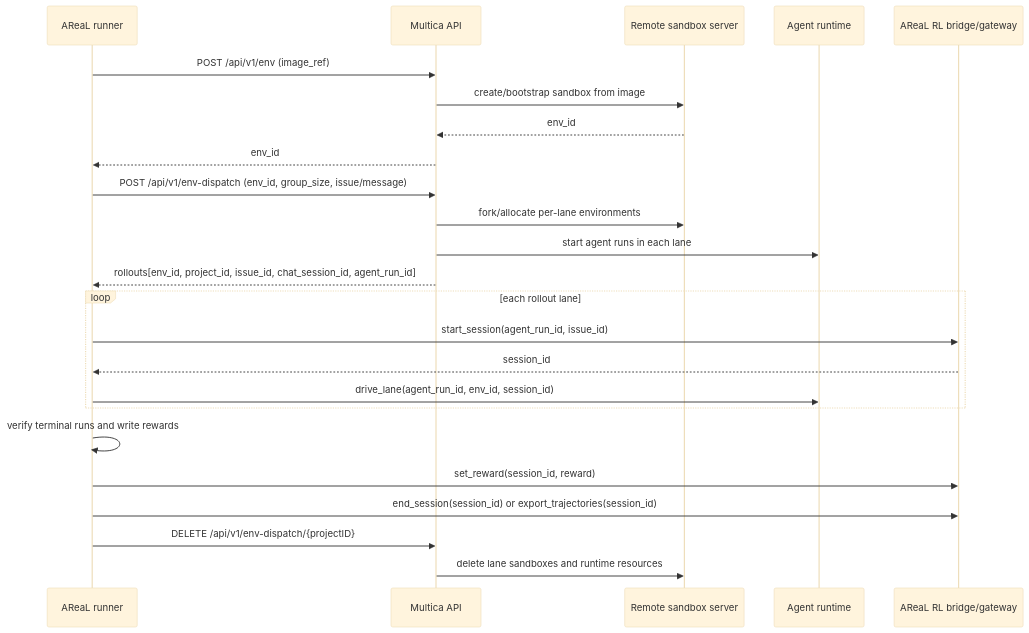
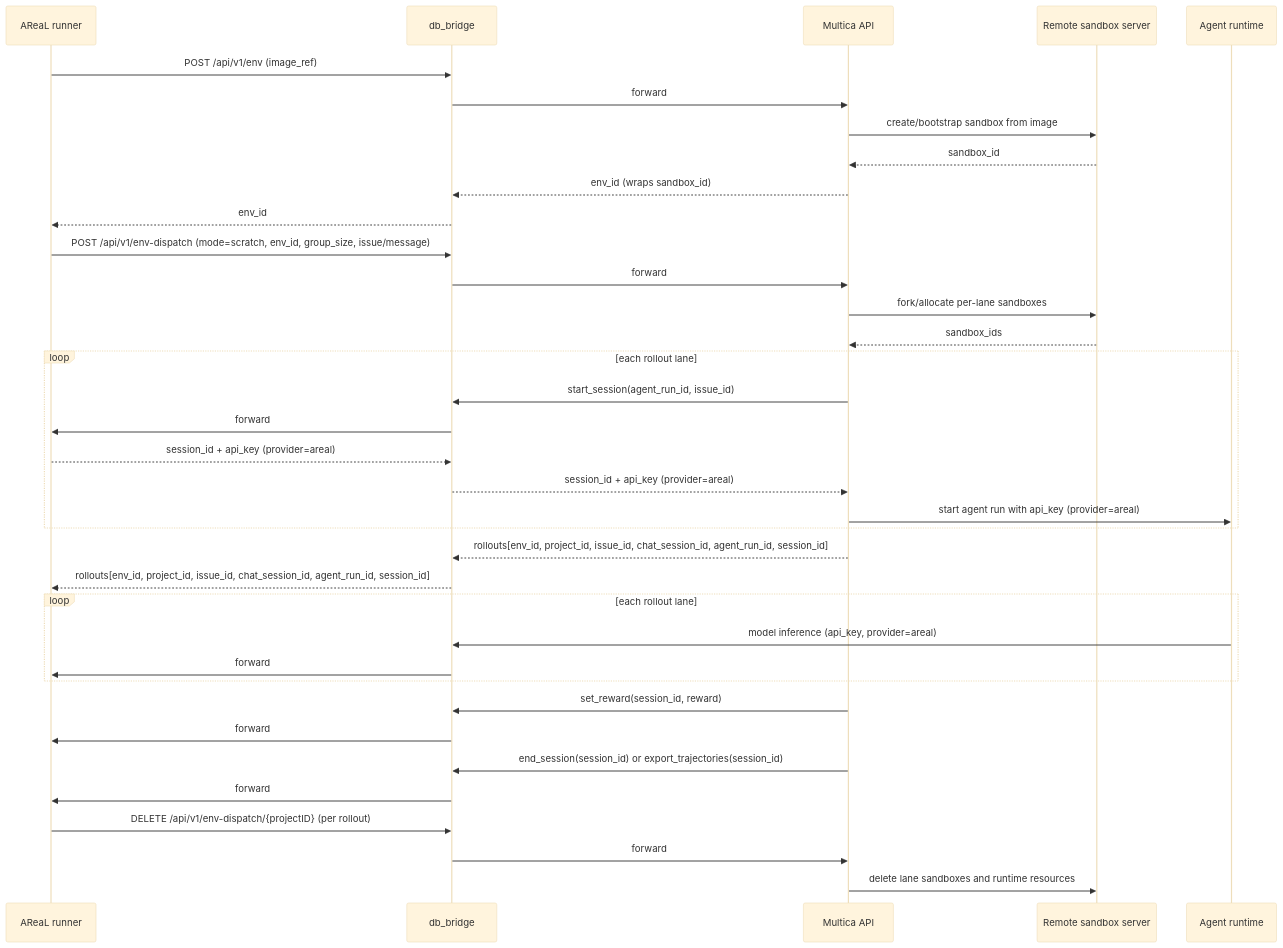
One commit to ketsuzhou/areal-ci changed the first of 3 diagrams in customized_areal/tree_search/agents/multica_environment_protocol.md. Above: the diagram before and after it, drawn with Mermaid (base theme). The commit also changed other lines of this file and 123 other files, not shown here.

````diff
--- a/customized_areal/tree_search/agents/multica_environment_protocol.md
+++ b/customized_areal/tree_search/agents/multica_environment_protocol.md
@@ -76,30 +91,42 @@
 ```mermaid
 sequenceDiagram
     participant A as AReaL runner
+    participant G as db_bridge
     participant M as Multica API
     participant S as Remote sandbox server
     participant R as Agent runtime
-    participant G as AReaL RL bridge/gateway
 
-    A->>M: POST /api/v1/env (image_ref)
+    A->>G: POST /api/v1/env (image_ref)
+    G->>M: forward
     M->>S: create/bootstrap sandbox from image
-    S-->>M: env_id
-    M-->>A: env_id
+    S-->>M: sandbox_id
+    M-->>G: env_id (wraps sandbox_id)
+    G-->>A: env_id
 
-    A->>M: POST /api/v1/env-dispatch (env_id, group_size, issue/message)
-    M->>S: fork/allocate per-lane environments
-    M->>R: start agent runs in each lane
-    M-->>A: rollouts[env_id, project_id, issue_id, chat_session_id, agent_run_id]
+    A->>G: POST /api/v1/env-dispatch (mode=scratch, env_id, group_size, issue/message)
+    G->>M: forward
+    M->>S: fork/allocate per-lane sandboxes
+    S-->>M: sandbox_ids
+    loop each rollout lane
+        M->>G: start_session(agent_run_id, issue_id)
+        G->>A: forward
+        A-->>G: session_id + api_key (provider=areal)
+        G-->>M: session_id + api_key (provider=areal)
+        M->>R: start agent run with api_key (provider=areal)
+    end
+    M-->>G: rollouts[env_id, project_id, issue_id, chat_session_id, agent_run_id, session_id]
+    G-->>A: rollouts[env_id, project_id, issue_id, chat_session_id, agent_run_id, session_id]
 
     loop each rollout lane
-        A->>G: start_session(agent_run_id, issue_id)
-        G-->>A: session_id
-        A->>R: drive_lane(agent_run_id, env_id, session_id)
+        R->>G: model inference (api_key, provider=areal)
+        G->>A: forward
     end
 
-    A->>A: verify terminal runs and write rewards
-    A->>G: set_reward(session_id, reward)
-    A->>G: end_session(session_id) or export_trajectories(session_id)
-    A->>M: DELETE /api/v1/env-dispatch/{projectID}
+    M->>G: set_reward(session_id, reward)
+    G->>A: forward
+    M->>G: end_session(session_id) or export_trajectories(session_id)
+    G->>A: forward
+    A->>G: DELETE /api/v1/env-dispatch/{projectID} (per rollout)
+    G->>M: forward
     M->>S: delete lane sandboxes and runtime resources
 ```
````
